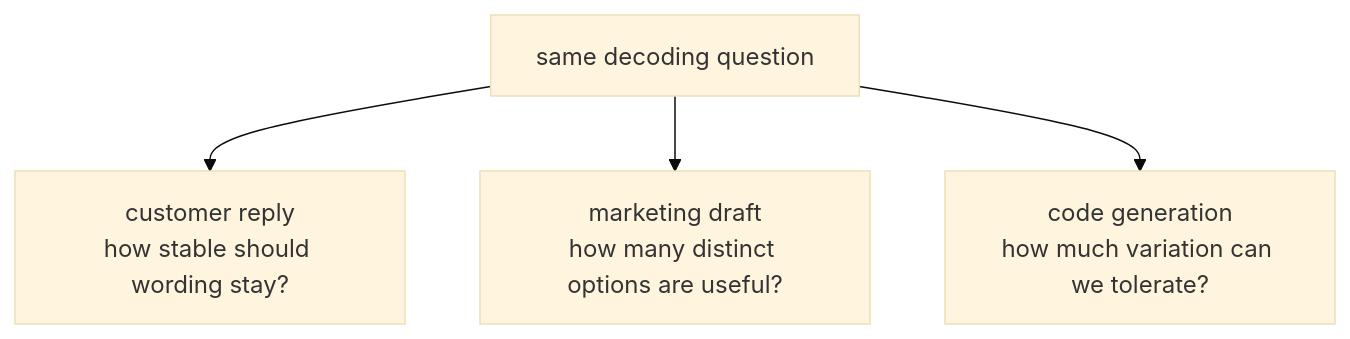
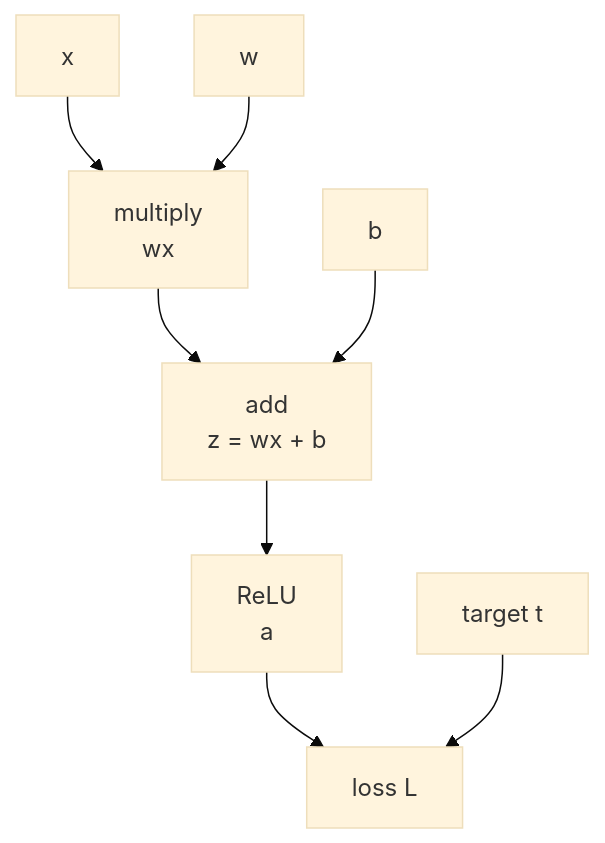
One commit to devchan64/AiBook changed the diagram in docs/parts/part-05/chapter-05/section-02.md. Above: the diagram before and after it, drawn with Mermaid (base theme). The commit also changed other lines of this file and 213 other files, not shown here.

````diff
--- a/docs/parts/part-05/chapter-05/section-02.md
+++ b/docs/parts/part-05/chapter-05/section-02.md
@@ -151,11 +102,19 @@
 ```mermaid
 flowchart TD
-  A["same decoding question"]
-  B["customer reply<br/>how stable should wording stay?"]
-  C["marketing draft<br/>how many distinct options are useful?"]
-  D["code generation<br/>how much variation can we tolerate?"]
+  X["x"]
+  W["w"]
+  M["multiply<br/>wx"]
+  B["b"]
+  Z["add<br/>z = wx + b"]
+  A["ReLU<br/>a"]
+  T["target t"]
+  L["loss L"]
 
-  A --> B
-  A --> C
-  A --> D
+  X --> M
+  W --> M
+  M --> Z
+  B --> Z
+  Z --> A
+  A --> L
+  T --> L
 ```
````
